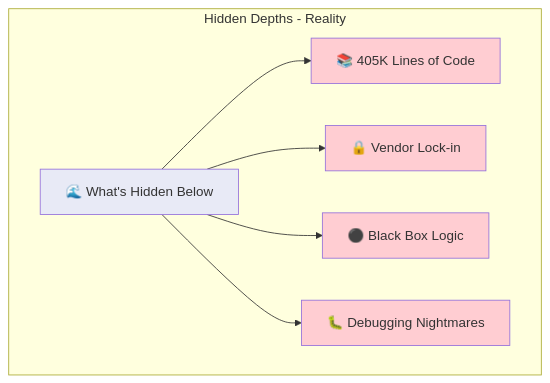
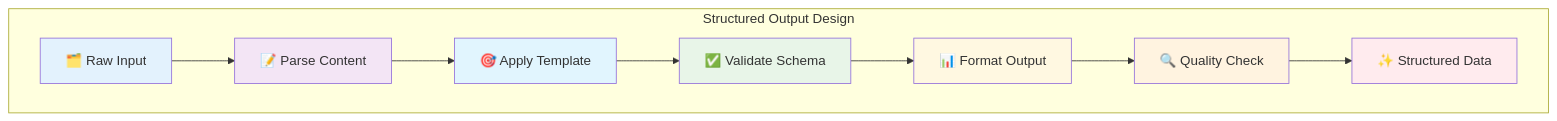
One commit to enogrob/enogrob.github.io changed diagram 17 of 18 in _posts/2025-07-17-pocket-flow-llm-graph-framework.md. Above: the diagram before and after it, drawn with Mermaid. The commit also changed other lines of this file, not shown here.

````diff
--- a/_posts/2025-07-17-pocket-flow-llm-graph-framework.md
+++ b/_posts/2025-07-17-pocket-flow-llm-graph-framework.md
@@ -632,15 +661,19 @@
 ```mermaid!
-graph TD
-    subgraph "Hidden Depths - Reality"
-        E[🌊 What's Hidden Below] --> F[📚 405K Lines of Code]
-        E --> G[🔒 Vendor Lock-in]
-        E --> H[⚫ Black Box Logic]
-        E --> I[🐛 Debugging Nightmares]
+graph 
+    subgraph "Structured Output Design"
+        A["🗂️ Raw Input"] --> B["📝 Parse Content"]
+        B --> C["🎯 Apply Template"]
+        C --> D["✅ Validate Schema"]
+        D --> E["📊 Format Output"]
+        E --> F["🔍 Quality Check"]
+        F --> G["✨ Structured Data"]
     end
     
-    style E fill:#e8eaf6
-    style F fill:#ffcdd2
-    style G fill:#ffcdd2
-    style H fill:#ffcdd2
-    style I fill:#ffcdd2
+    style A fill:#e3f2fd
+    style B fill:#f3e5f5
+    style C fill:#e1f5fe
+    style D fill:#e8f5e8
+    style E fill:#fff8e1
+    style F fill:#fff3e0
+    style G fill:#ffebee
 ```
````
